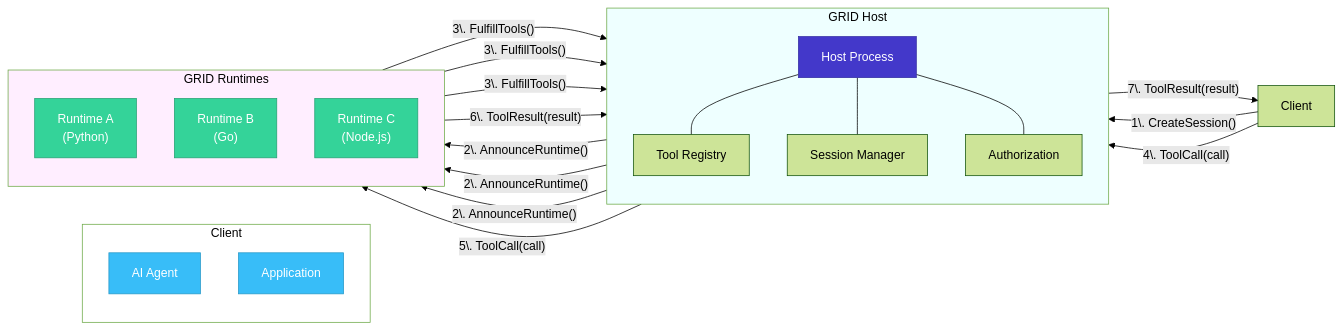
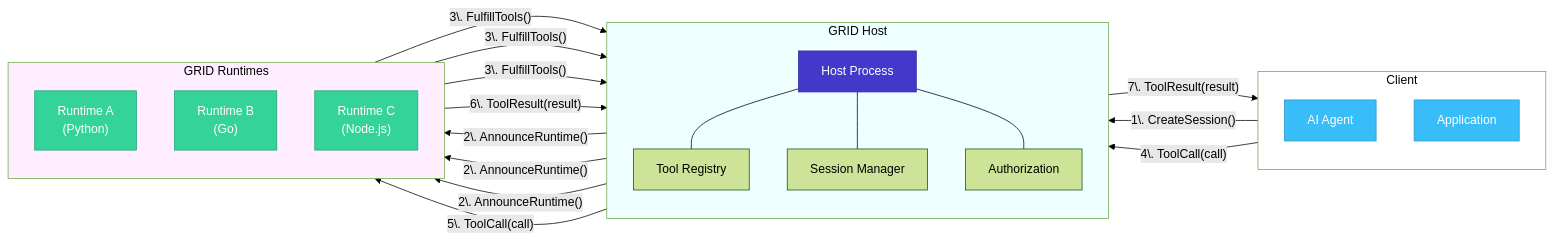
One commit to nshkrdotcom/ALTAR changed the second of 4 diagrams in specs/03-grid-protocol/README.md. Above: the diagram before and after it, drawn with Mermaid (forest theme).

````diff
--- a/specs/03-grid-protocol/README.md
+++ b/specs/03-grid-protocol/README.md
@@ -54,52 +54,52 @@
 ```mermaid
 graph LR
-    subgraph C["Client"]
+    subgraph Client["Client"]
         direction TB
         C1[AI Agent]
         C2[Application]
     end
 
     subgraph GH["GRID&nbsp;Host"]
         direction TB
         H[Host Process]
         R[Tool Registry]
         S[Session Manager]
         A[Authorization]
         H --- R & S & A
     end
 
     subgraph GR["GRID&nbsp;Runtimes"]
         direction TB
         RT1["Runtime A<br/>(Python)"]
         RT2["Runtime B<br/>(Go)"]
         RT3["Runtime C<br/>(Node.js)"]
     end
 
     Client -- "1\. CreateSession()" --> H
     Client -- "4\. ToolCall(call)" --> H
 
     H -- "2\. AnnounceRuntime()" --> RT1
     H -- "2\. AnnounceRuntime()" --> RT2
     H -- "2\. AnnounceRuntime()" --> RT3
 
     RT1 -- "3\. FulfillTools()" --> H
     RT2 -- "3\. FulfillTools()" --> H
     RT3 -- "3\. FulfillTools()" --> H
 
     H -- "5\. ToolCall(call)" --> RT2
 
     RT2 -- "6\. ToolResult(result)" --> H
 
     H -- "7\. ToolResult(result)" --> Client
 
     style H fill:#4338ca,stroke:#3730a3,color:#ffffff,fontWeight:bold
     style RT1 fill:#34d399,stroke:#25a274,color:#ffffff
     style RT2 fill:#34d399,stroke:#25a274,color:#ffffff
     style RT3 fill:#34d399,stroke:#25a274,color:#ffffff
     style C1 fill:#38bdf8,stroke:#2899c8,color:#ffffff
     style C2 fill:#38bdf8,stroke:#2899c8,color:#ffffff
 
-    style C fill: #fff, color: #000
+    style Client fill: #fff, color: #000
     style GH fill: #eff, color: #000
     style GR fill: #fef, color: #000
 ```
````
